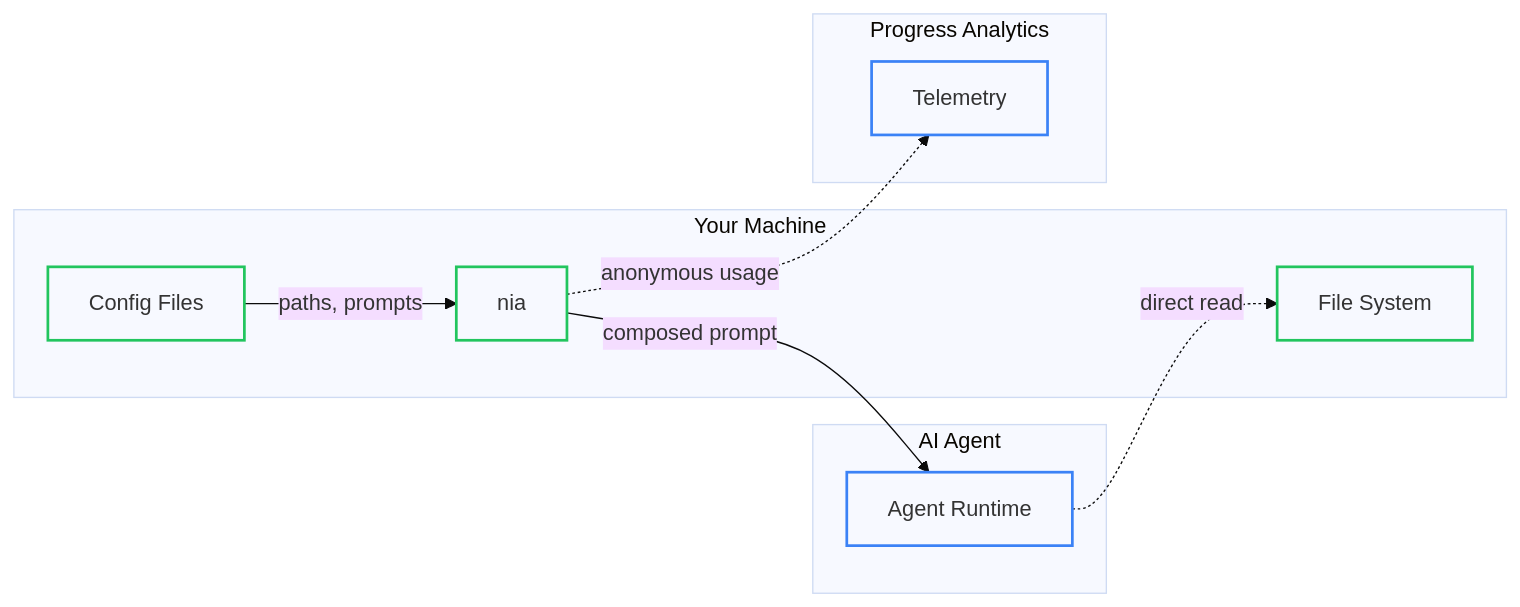
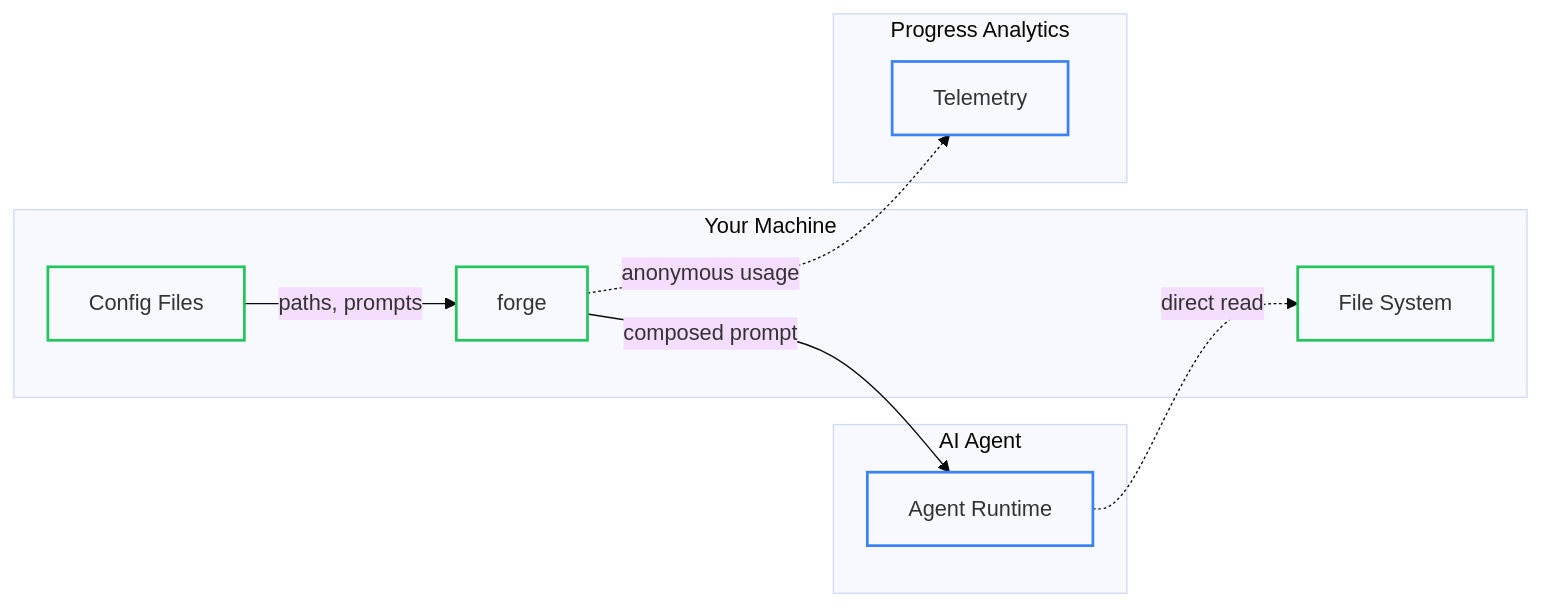
Before and after one commit to telerik/project-nia: the diagram in user-docs/src/reference/security.md, drawn with Mermaid (base theme). The commit also changed other lines of this file and 76 other files, not shown here.

````diff
--- a/user-docs/src/reference/security.md
+++ b/user-docs/src/reference/security.md
@@ -173,27 +173,27 @@
 ```mermaid
 flowchart LR
     subgraph Local["Your Machine"]
         CF["Config Files"]
-        NIA["nia"]
+        FORGE["forge"]
         FS["File System"]
     end
 
     subgraph Agent["AI Agent"]
         AR["Agent Runtime"]
     end
 
     subgraph Progress["Progress Analytics"]
         TEL["Telemetry"]
     end
 
-    CF -->|paths, prompts| NIA
-    NIA -->|composed prompt| AR
+    CF -->|paths, prompts| FORGE
+    FORGE -->|composed prompt| AR
     AR -.->|direct read| FS
-    NIA -.->|anonymous usage| TEL
+    FORGE -.->|anonymous usage| TEL
 
     classDef local fill:none,stroke:#22c55e,stroke-width:2px
     classDef external fill:none,stroke:#3b82f6,stroke-width:2px
 
-    class CF,NIA,FS local
+    class CF,FORGE,FS local
     class AR,TEL external
 ```
````
